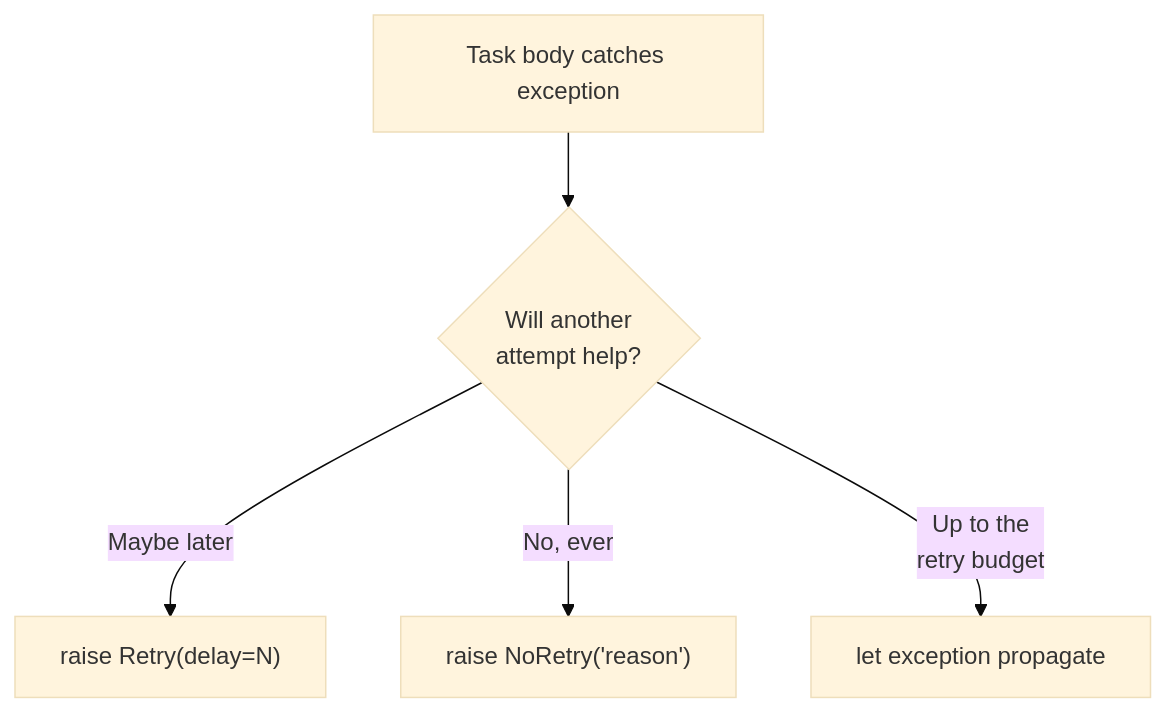
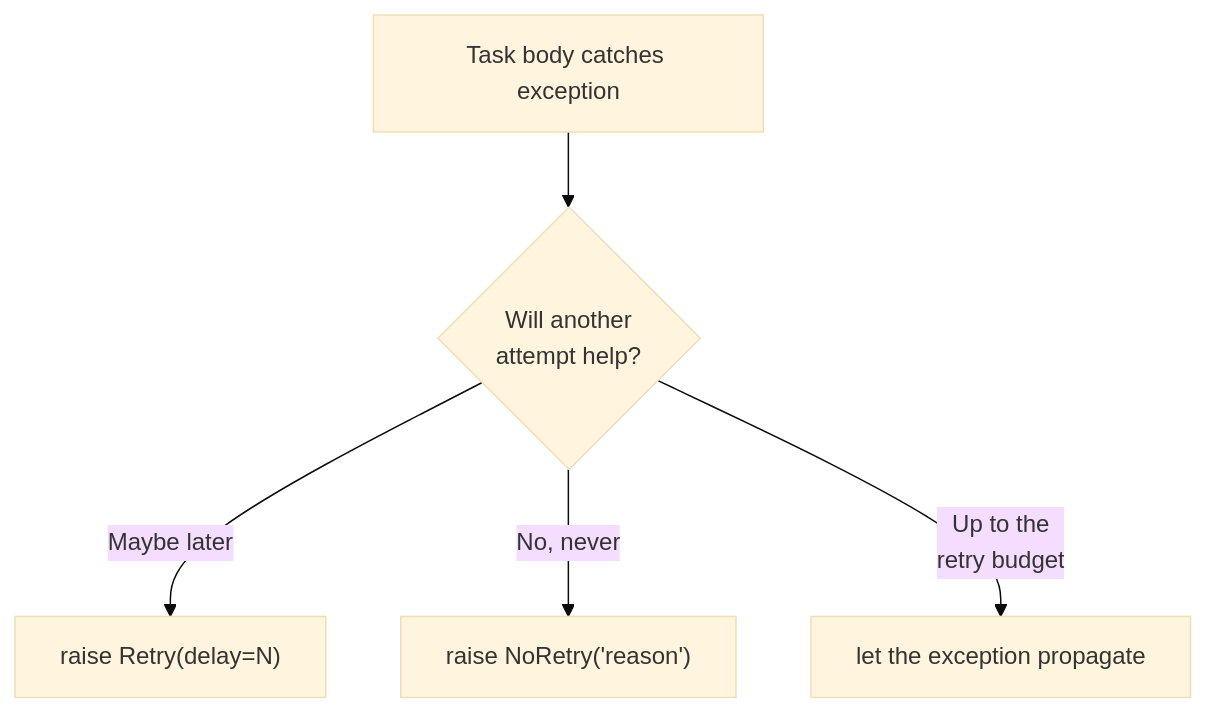
The third of 9 diagrams in website/reference/agent/decision-trees.md (Schorschofwill/swarmq), drawn with Mermaid (base theme) before and after one commit. The commit also changed other lines of this file and 84 other files, not shown here.

````diff
--- a/website/reference/agent/decision-trees.md
+++ b/website/reference/agent/decision-trees.md
@@ -50,7 +60,7 @@
 ```mermaid
 flowchart TD
     A[Task body catches exception] --> B{Will another<br/>attempt help?}
     B -->|Maybe later| C["raise Retry(delay=N)"]
-    B -->|No, ever| D["raise NoRetry('reason')"]
-    B -->|Up to the<br/>retry budget| E["let exception propagate"]
+    B -->|No, never| D["raise NoRetry('reason')"]
+    B -->|Up to the<br/>retry budget| E["let the exception propagate"]
 ```
````
